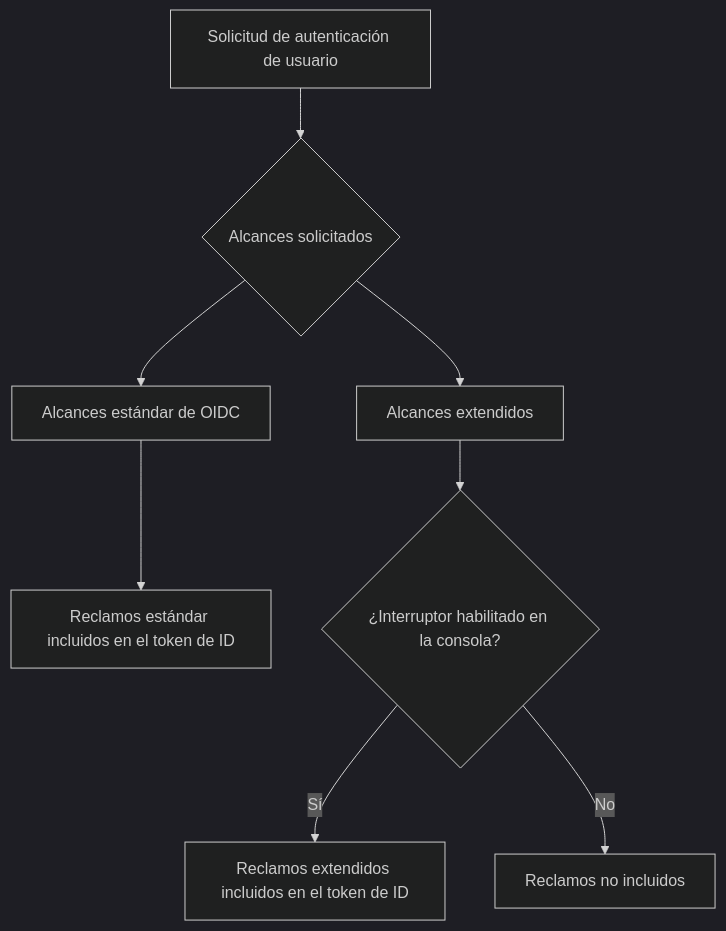
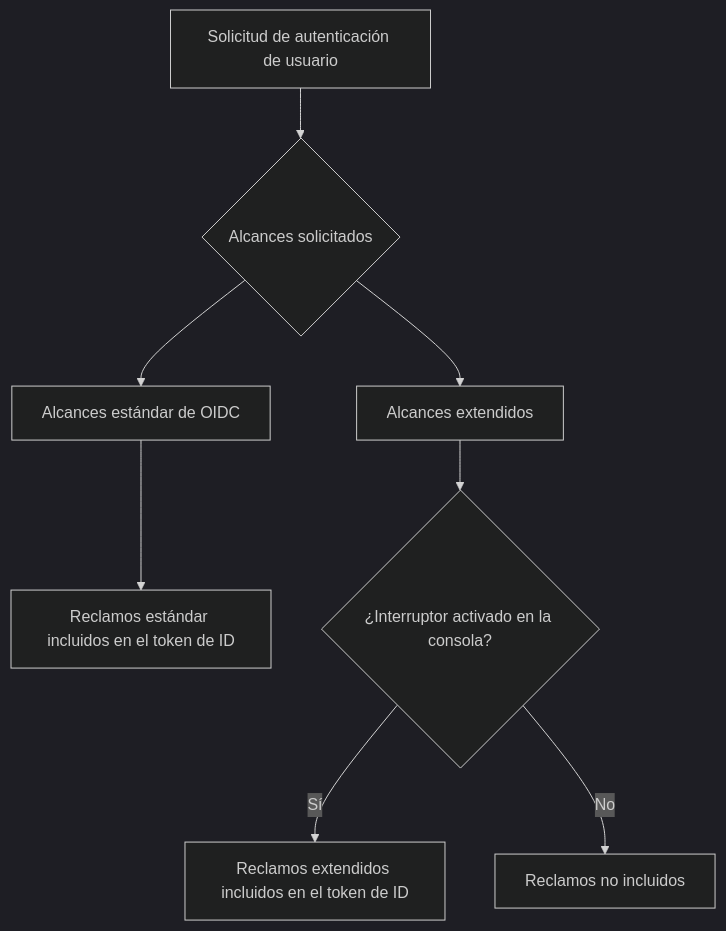
Before and after one commit to logto-io/docs: the diagram in i18n/es/docusaurus-plugin-content-docs/current/developers/custom-id-token/README.mdx, drawn with Mermaid (dark theme). The commit also changed other lines of this file and 161 other files, not shown here.

````diff
--- a/i18n/es/docusaurus-plugin-content-docs/current/developers/custom-id-token/README.mdx
+++ b/i18n/es/docusaurus-plugin-content-docs/current/developers/custom-id-token/README.mdx
@@ -20,10 +20,10 @@
 ```mermaid
 flowchart TD
     A[Solicitud de autenticación de usuario] --> B{Alcances solicitados}
     B --> C[Alcances estándar de OIDC]
     B --> D[Alcances extendidos]
     C --> E[Reclamos estándar incluidos en el token de ID]
-    D --> F{¿Interruptor habilitado en la consola?}
+    D --> F{¿Interruptor activado en la consola?}
     F -->|Sí| G[Reclamos extendidos incluidos en el token de ID]
     F -->|No| H[Reclamos no incluidos]
 ```
````
